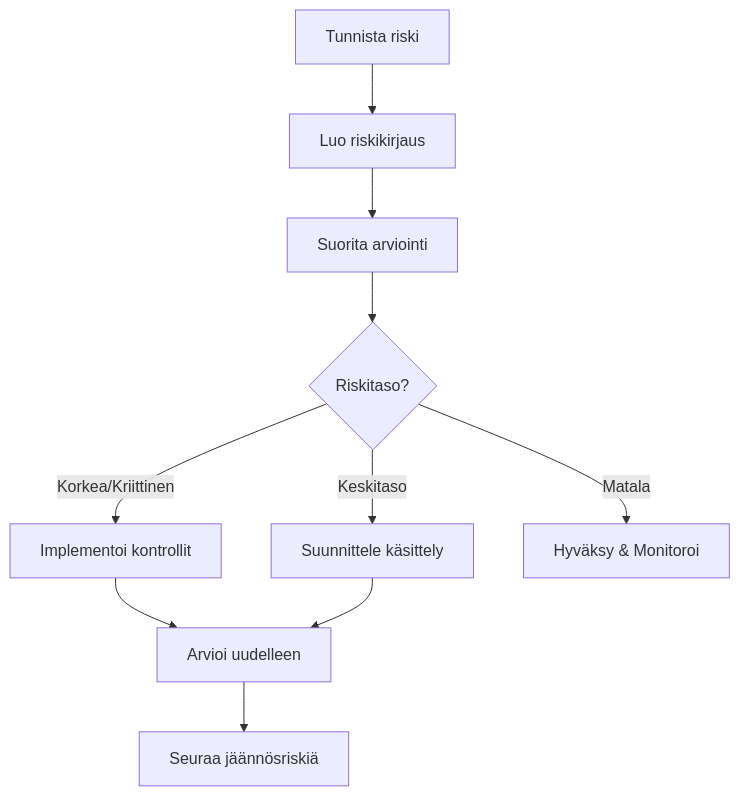
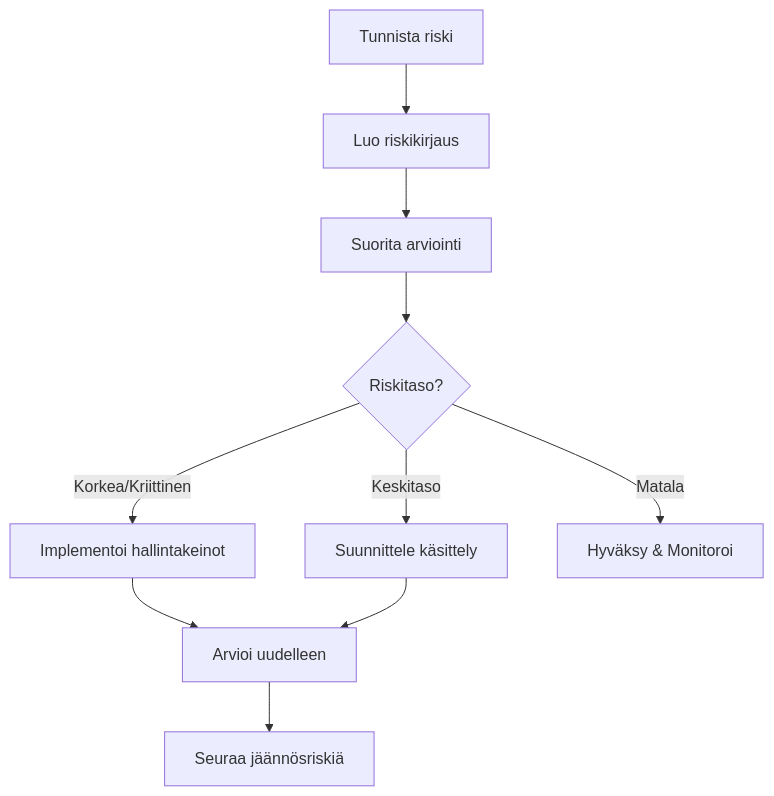
Before and after one commit to tekve/gover-docs: the second of 2 diagrams in i18n/fi/docusaurus-plugin-content-docs/current/user-guide/risks/overview.md, drawn with Mermaid. The commit also changed other lines of this file and 38 other files, not shown here.

Commit message:
Rename Kontrollit to Hallintakeinot in Finnish

````diff
--- a/i18n/fi/docusaurus-plugin-content-docs/current/user-guide/risks/overview.md
+++ b/i18n/fi/docusaurus-plugin-content-docs/current/user-guide/risks/overview.md
@@ -81,12 +81,12 @@
 ```mermaid
 flowchart TD
     A[Tunnista riski] --> B[Luo riskikirjaus]
     B --> C[Suorita arviointi]
     C --> D{Riskitaso?}
-    D -->|Korkea/Kriittinen| E[Implementoi kontrollit]
+    D -->|Korkea/Kriittinen| E[Implementoi hallintakeinot]
     D -->|Keskitaso| F[Suunnittele käsittely]
     D -->|Matala| G[Hyväksy & Monitoroi]
     E --> H[Arvioi uudelleen]
     F --> H
     H --> I[Seuraa jäännösriskiä]
 ```
````
